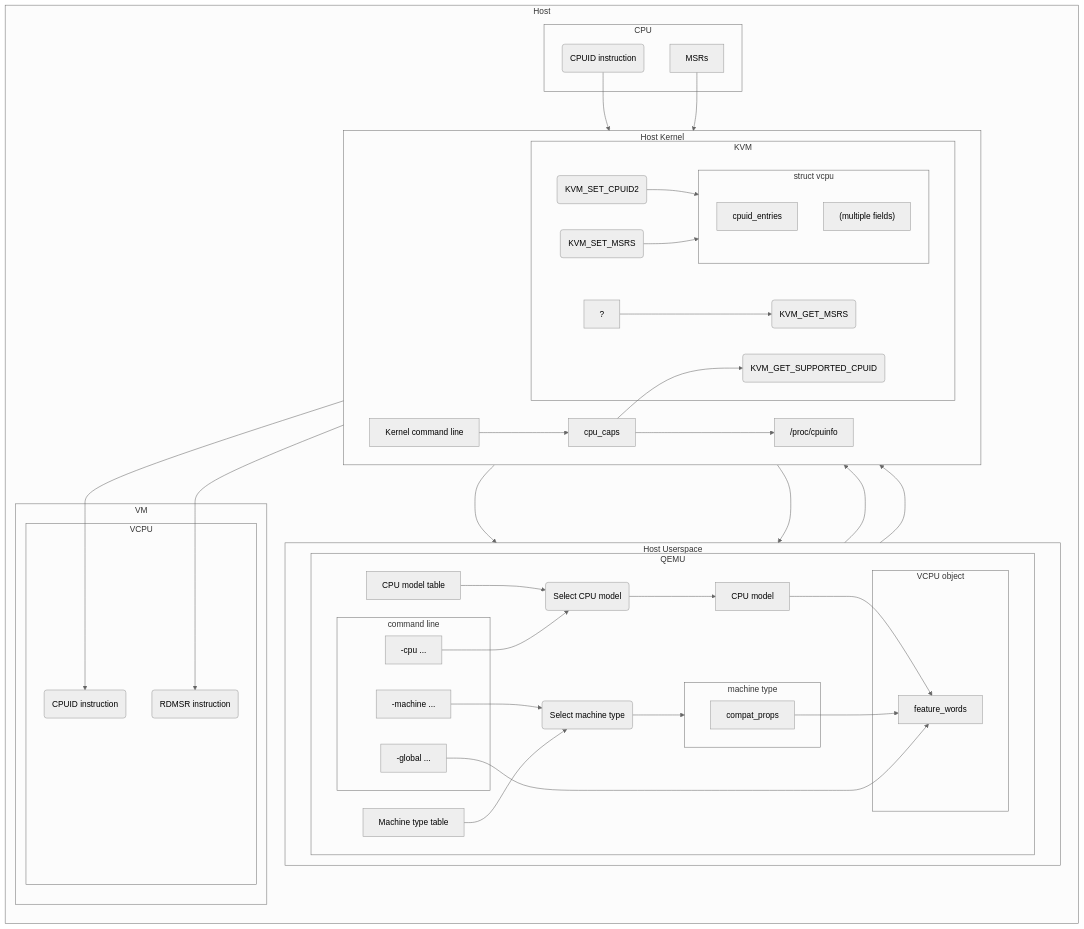
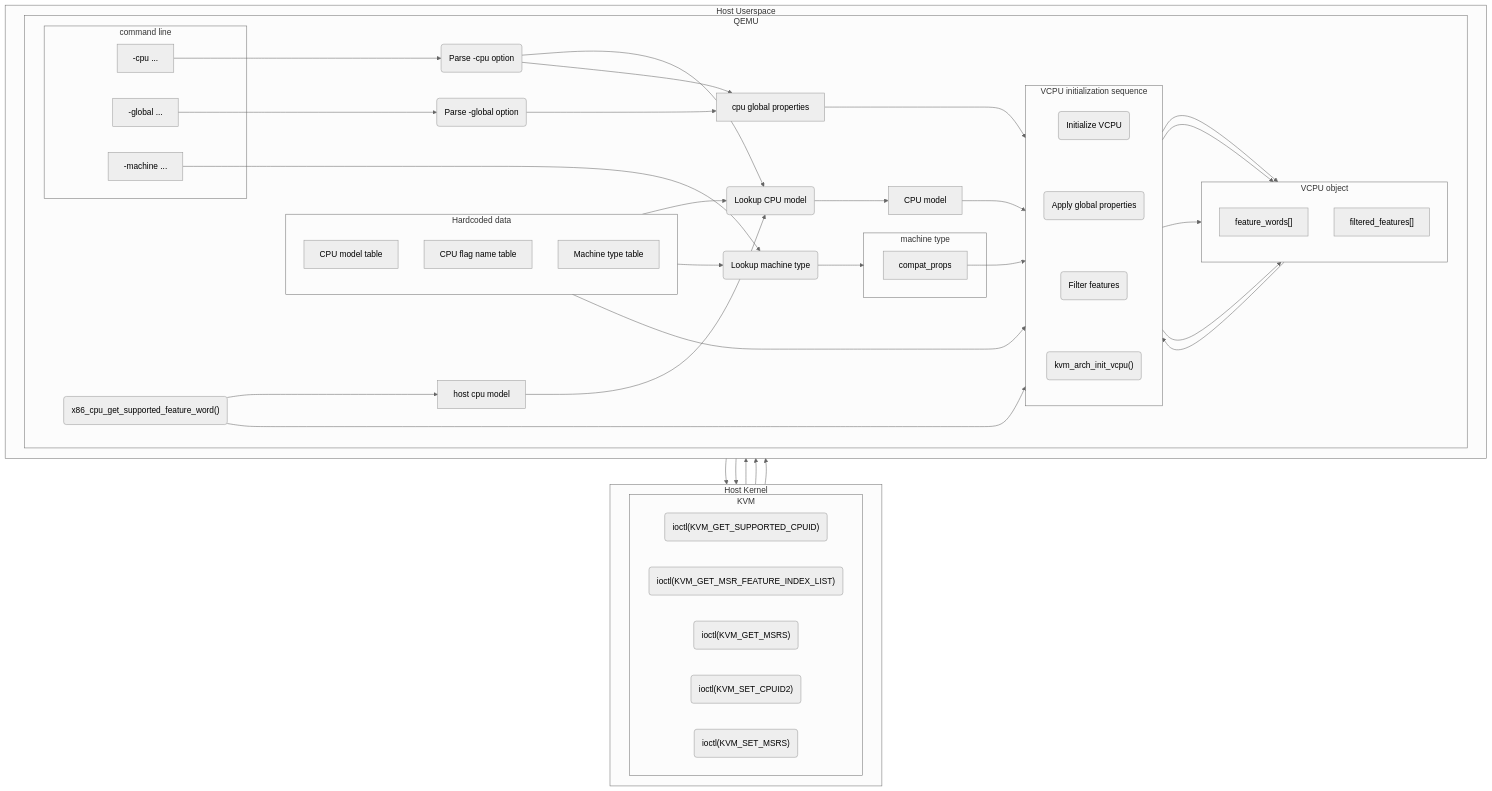
The third of 3 diagrams in habkost-net/_drafts/draft-cpuid.markdown (ehabkost/habkost.net), drawn with Mermaid (neutral theme) before and after one commit. The commit also changed other lines of this file, not shown here.

Commit message:
long QEMU sectiong

````diff
--- a/habkost-net/_drafts/draft-cpuid.markdown
+++ b/habkost-net/_drafts/draft-cpuid.markdown
@@ -301,84 +395,97 @@
 ```mermaid
 flowchart TB
-    subgraph Host
-        direction TB
-        subgraph CPU
-            cpuid(CPUID instruction)
-            msrs[MSRs]
-        end
-        cpuid --> cpu_caps
-        msrs --> cpu_caps
-        subgraph Host Kernel
-            direction LR
-            kernel_cmdline["Kernel command line"]
-            cpu_caps
-            cpuinfo["/proc/cpuinfo"]
-            kernel_cmdline --> cpu_caps
-            cpu_caps --> cpuinfo
-            subgraph KVM
-                KVM_GET_SUPPORTED_CPUID(KVM_GET_SUPPORTED_CPUID)
-                KVM_GET_MSRS(KVM_GET_MSRS)
-                KVM_SET_CPUID2(KVM_SET_CPUID2)
-                KVM_SET_MSRS(KVM_SET_MSRS)
-                ? --> KVM_GET_MSRS
-                subgraph vcpu[struct vcpu]
-                    direction TB
+    subgraph Host Kernel
+        direction LR
+        subgraph KVM
+            KVM_GET_SUPPORTED_CPUID("ioctl(KVM_GET_SUPPORTED_CPUID)")
+            KVM_GET_MSR_FEATURE_INDEX_LIST("ioctl(KVM_GET_MSR_FEATURE_INDEX_LIST)")
+            KVM_GET_MSRS("ioctl(KVM_GET_MSRS)")
+            KVM_SET_CPUID2("ioctl(KVM_SET_CPUID2)")
+            KVM_SET_MSRS("ioctl(KVM_SET_MSRS)")
 
-                    vcpu_cpuid_entries[cpuid_entries]
-                    msr_fields["(multiple fields)"]
-                end
-            end
-            cpu_caps --> KVM_GET_SUPPORTED_CPUID
-            
-        end
-        subgraph Host Userspace
-            direction LR
-
-            subgraph qemu["QEMU"]
-                subgraph qemucmdline["command line"]
-                    machine_opt["-machine ..."]
-                    cpu_opt["-cpu ..."]
-                    global_opt["-global ..."]
-                end
-                qemu_cpu_model_table["CPU model table"]
-                qemu_cpu_model["CPU model"]
-                subgraph qemucpu["VCPU object"]
-                    feature_words
-                end
-                qemu_machine_type_table["Machine type table"]
-                subgraph machinetype["machine type"]
-                    machine_compat_props["compat_props"]
-                end
-
-                pick_cpu_model("Select CPU model")
-                pick_machine_type("Select machine type")
-
-                qemu_cpu_model_table --> pick_cpu_model
-                cpu_opt --> pick_cpu_model
-                pick_cpu_model --> qemu_cpu_model
-
-                machine_opt --> pick_machine_type
-                qemu_machine_type_table --> pick_machine_type
-                pick_machine_type --> machinetype
-
-                qemu_cpu_model --> feature_words
-                machine_compat_props --> feature_words
-                global_opt --> feature_words
-            end
-            KVM_GET_SUPPORTED_CPUID --> feature_words
-            KVM_GET_MSRS --> feature_words
-            feature_words --> KVM_SET_CPUID2
-            feature_words --> KVM_SET_MSRS
-        end
-        subgraph VM
-            subgraph VCPU
-                vm_cpuid("CPUID instruction")
-                vm_rdmsr("RDMSR instruction")
-                KVM_SET_CPUID2 --> vcpu_cpuid_entries
-                KVM_SET_MSRS --> msr_fields
-                vcpu_cpuid_entries --> vm_cpuid
-                msr_fields --> vm_rdmsr
-            end
         end
     end
+    subgraph Host Userspace
+        direction LR
+
+        subgraph qemu["QEMU"]
+            subgraph qemucmdline["command line"]
+                machine_opt["-machine ..."]
+                global_opt["-global ..."]
+                cpu_opt["-cpu ..."]
+            end
+            subgraph Hardcoded data
+                direction TB
+                cpu_model_table["CPU model table"]
+                cpu_flag_names["CPU flag name table"]
+                qemu_machine_type_table["Machine type table"]
+            end
+
+            host_cpu_model["host cpu model"]
+
+            cpu_model["CPU model"]
+            subgraph qemucpu["VCPU object"]
+                direction TB
+                feature_words["feature_words[]"]
+                filtered_features["filtered_features[]"]
+            end
+            subgraph machinetype["machine type"]
+                machine_compat_props["compat_props"]
+            end
+            cpu_global_props["cpu global properties"]
+
+            parse_cpu_opt("Parse -cpu option")
+            parse_globals("Parse -global option")
+
+            pick_cpu_model("Lookup CPU model")
+            pick_machine_type("Lookup machine type")
+
+            x86_cpu_get_supported_feature_word("x86_cpu_get_supported_feature_word()")
+
+            subgraph VCPU initialization sequence
+                direction TB
+                init_cpu("Initialize VCPU")
+                apply_globals("Apply global properties")
+                filter_features("Filter features")
+                kvm_arch_init_vcpu("kvm_arch_init_vcpu()")
+                init_cpu ~~~ apply_globals ~~~ filter_features ~~~ kvm_arch_init_vcpu
+            end
+
+            cpu_opt --> parse_cpu_opt
+            global_opt --> parse_globals
+
+            x86_cpu_get_supported_feature_word --> host_cpu_model
+            host_cpu_model --> pick_cpu_model
+
+            cpu_model_table --> pick_cpu_model
+            parse_cpu_opt --> pick_cpu_model
+            parse_cpu_opt --> cpu_global_props
+            parse_globals --> cpu_global_props
+            pick_cpu_model --> cpu_model
+
+            cpu_model --> init_cpu
+
+            cpu_flag_names --> apply_globals
+            cpu_global_props --> apply_globals
+
+            init_cpu --> feature_words
+            apply_globals --> feature_words
+
+            x86_cpu_get_supported_feature_word --> filter_features
+            filter_features --> feature_words
+            filter_features --> filtered_features
+            feature_words --> kvm_arch_init_vcpu
+
+            machine_opt --> pick_machine_type
+            qemu_machine_type_table --> pick_machine_type
+            pick_machine_type --> machinetype
+            machine_compat_props --> init_cpu
+
+        end
+        KVM_GET_SUPPORTED_CPUID --> x86_cpu_get_supported_feature_word
+        KVM_GET_MSR_FEATURE_INDEX_LIST --> x86_cpu_get_supported_feature_word
+        KVM_GET_MSRS --> x86_cpu_get_supported_feature_word
+        kvm_arch_init_vcpu --> KVM_SET_CPUID2
+        kvm_arch_init_vcpu --> KVM_SET_MSRS
+    end
 ```
````
